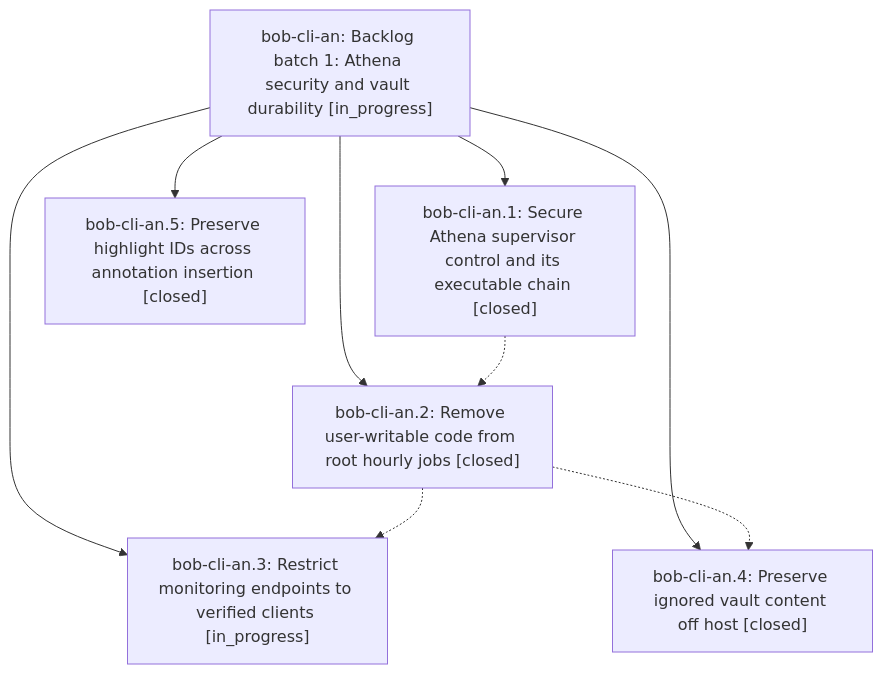
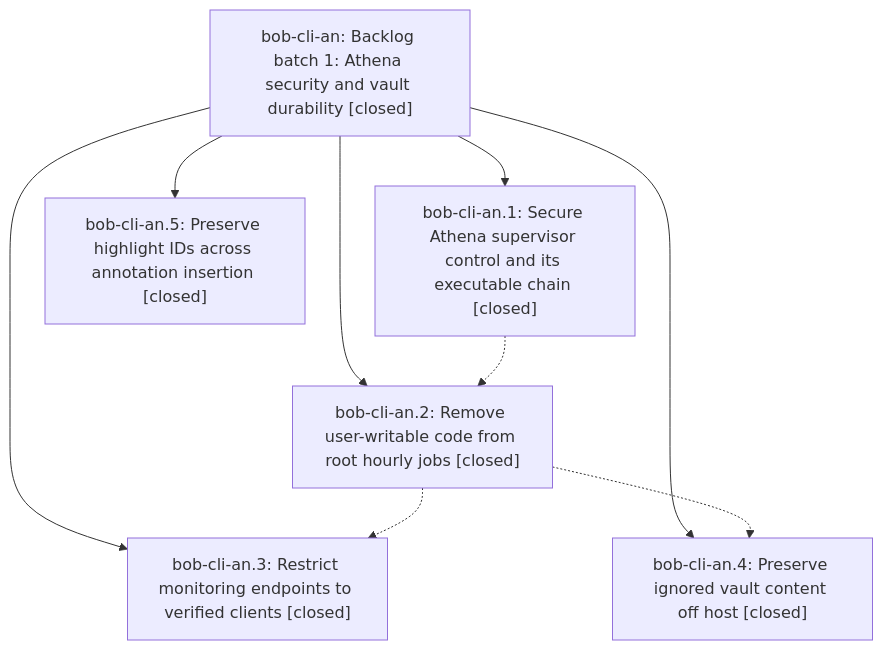
The diagram in pages/bob-cli-an/README.md (bobs-org/bob-cli--beads), drawn with Mermaid before and after one commit. The commit also changed other lines of this file and 5 other files, not shown here.

First line of the commit message:
chore(beads): sync bead state and pages for bob-cli-an

````diff
--- a/pages/bob-cli-an/README.md
+++ b/pages/bob-cli-an/README.md
@@ -40,17 +48,17 @@
 ```mermaid
 flowchart TD
-    n0["bob-cli-an: Backlog batch 1: Athena security and vault durability [in_progress]"]
+    n0["bob-cli-an: Backlog batch 1: Athena security and vault durability [closed]"]
     n1["bob-cli-an.1: Secure Athena supervisor control and its executable chain [closed]"]
     n2["bob-cli-an.2: Remove user-writable code from root hourly jobs [closed]"]
-    n3["bob-cli-an.3: Restrict monitoring endpoints to verified clients [in_progress]"]
+    n3["bob-cli-an.3: Restrict monitoring endpoints to verified clients [closed]"]
     n4["bob-cli-an.4: Preserve ignored vault content off host [closed]"]
     n5["bob-cli-an.5: Preserve highlight IDs across annotation insertion [closed]"]
     n0 --> n1
     n0 --> n2
     n0 --> n3
     n0 --> n4
     n0 --> n5
     n1 -.-> n2
     n2 -.-> n3
     n2 -.-> n4
 ```
````
